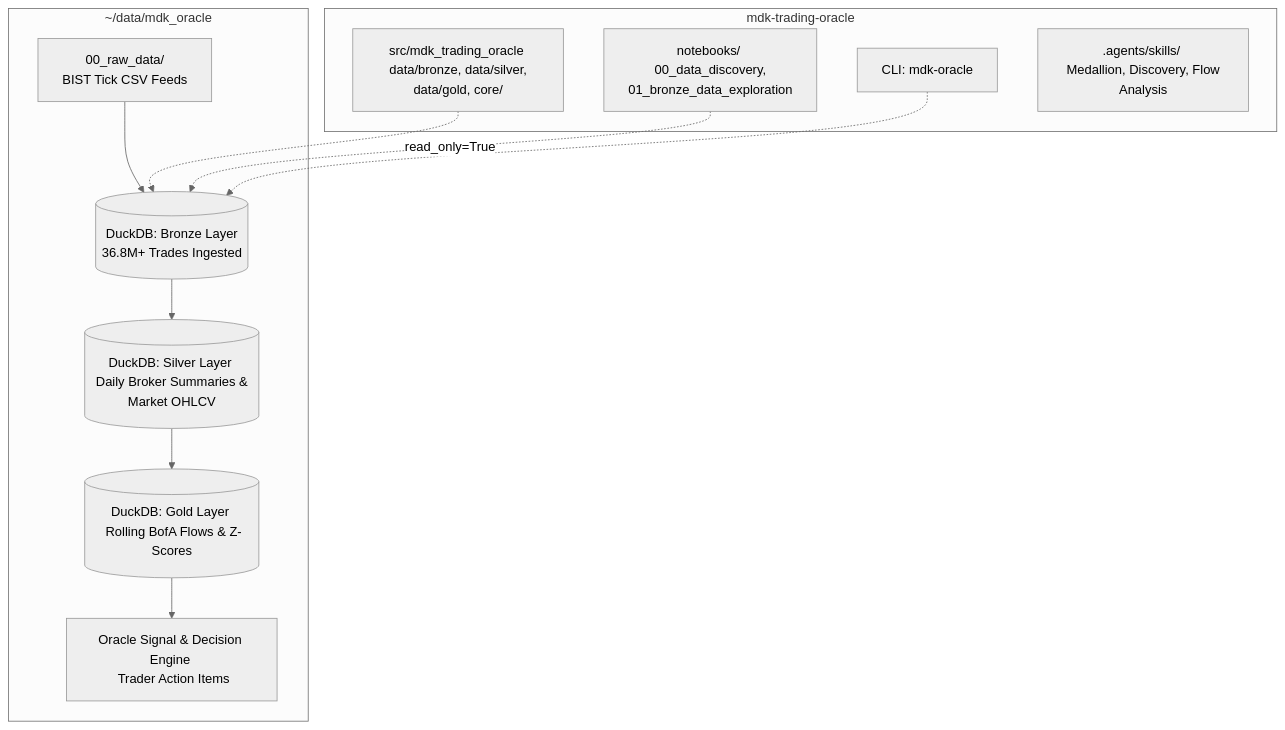
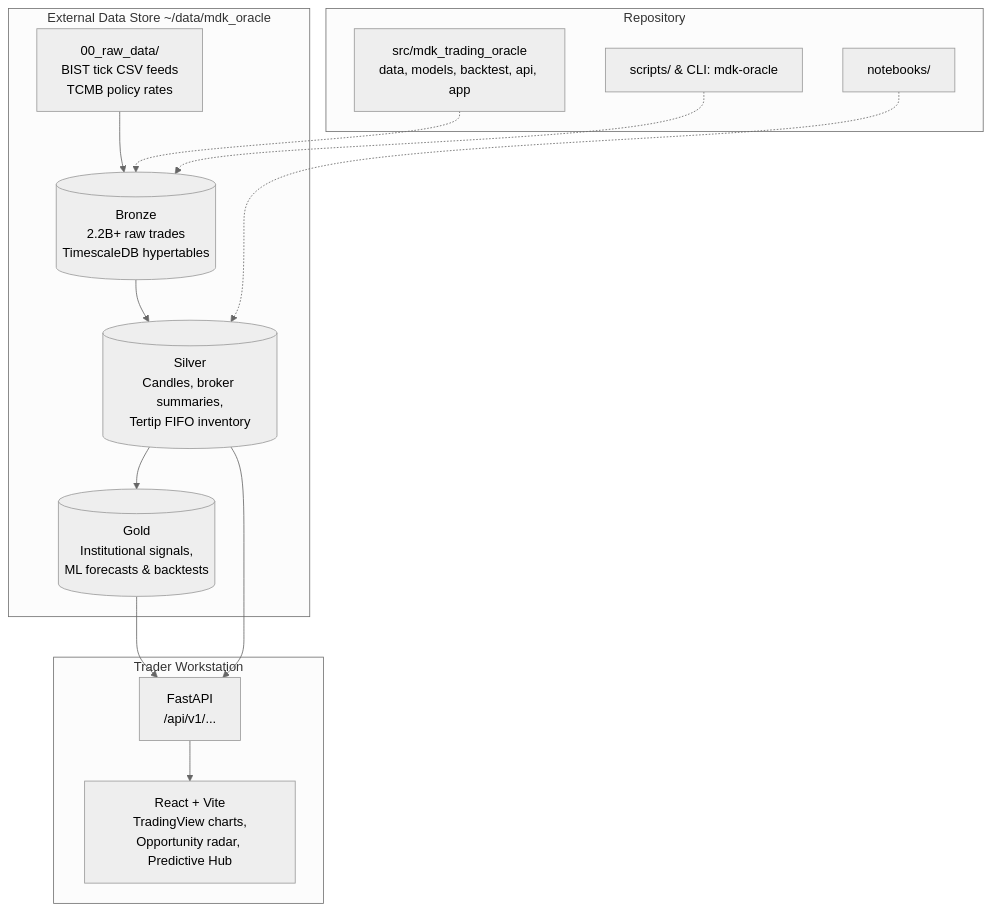
Before and after one commit to ozy-mdk/mdk-trade-oracle: the diagram in README.md, drawn with Mermaid (neutral theme). The commit also changed other lines of this file and 4 other files, not shown here.

````diff
--- a/README.md
+++ b/README.md
@@ -14,20 +16,24 @@
 ```mermaid
 flowchart TD
-    subgraph External Data Lakehouse [~/data/mdk_oracle]
-        A[00_raw_data/ <br> BIST Tick CSV Feeds] --> B[(DuckDB: Bronze Layer <br> 36.8M+ Trades Ingested)]
-        B --> C[(DuckDB: Silver Layer <br> Daily Broker Summaries & Market OHLCV)]
-        C --> D[(DuckDB: Gold Layer <br> Rolling BofA Flows & Z-Scores)]
-        D --> E[Oracle Signal & Decision Engine <br> Trader Action Items]
+    subgraph Data [External Data Store ~/data/mdk_oracle]
+        A[00_raw_data/<br>BIST tick CSV feeds<br>TCMB policy rates] --> B[(Bronze<br>2.2B+ raw trades<br>TimescaleDB hypertables)]
+        B --> C[(Silver<br>Candles, broker summaries,<br>Tertip FIFO inventory)]
+        C --> D[(Gold<br>Institutional signals,<br>ML forecasts & backtests)]
     end
 
-    subgraph Code Repository [mdk-trading-oracle]
-        F[src/mdk_trading_oracle <br> data/bronze, data/silver, data/gold, core/]
-        G[notebooks/ <br> 00_data_discovery, 01_bronze_data_exploration]
-        H[CLI: mdk-oracle]
-        I[.agents/skills/ <br> Medallion, Discovery, Flow Analysis]
+    subgraph Serving [Trader Workstation]
+        D --> E[FastAPI<br>/api/v1/...]
+        C --> E
+        E --> F[React + Vite<br>TradingView charts,<br>Opportunity radar, Predictive Hub]
     end
 
-    F -.-> B
-    G -.->|read_only=True| B
+    subgraph Code [Repository]
+        G[src/mdk_trading_oracle<br>data, models, backtest, api, app]
+        H[scripts/ & CLI: mdk-oracle]
+        I[notebooks/]
+    end
+
+    G -.-> B
     H -.-> B
+    I -.-> C
 ```
````
